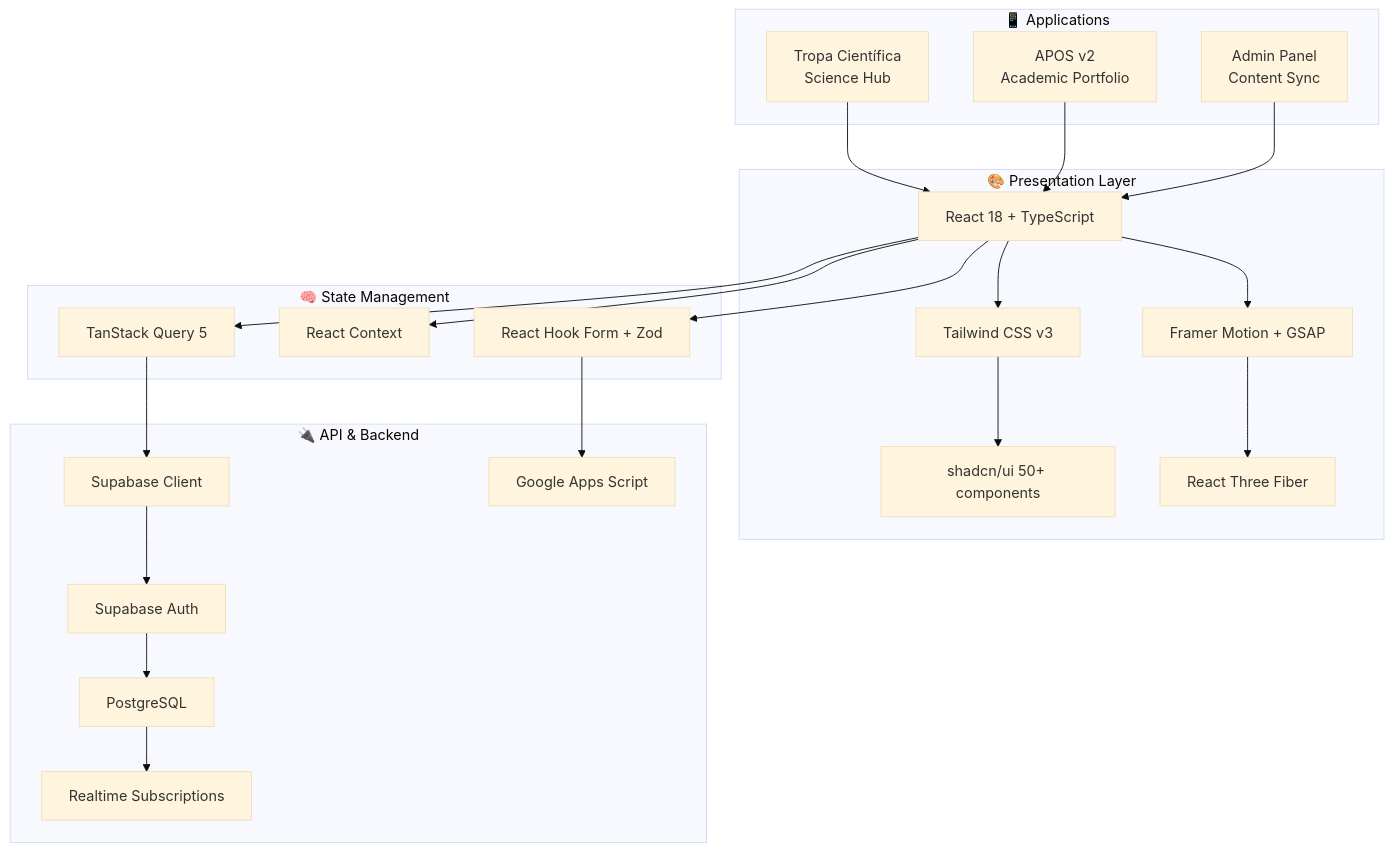
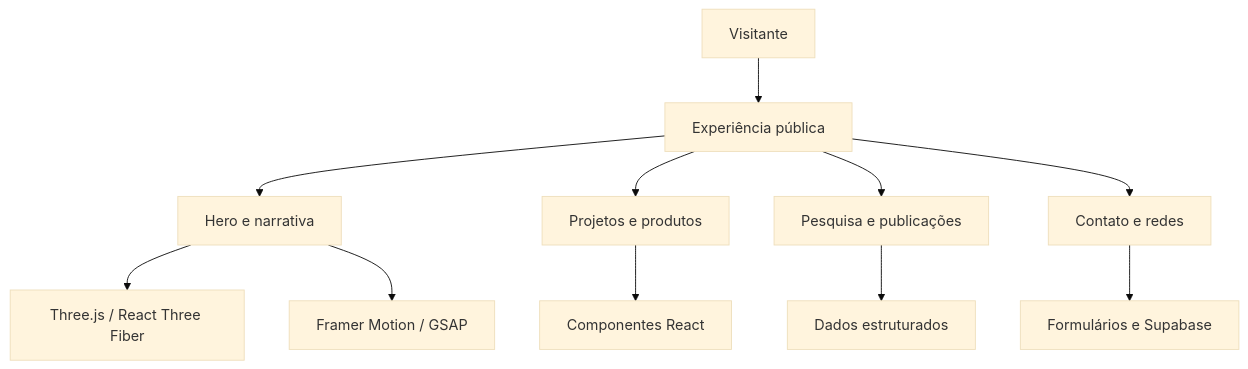
One commit to matheusflorindo32/responsive-realm-app changed the diagram in README.md. Above: the diagram before and after it, drawn with Mermaid (base theme). The commit also changed other lines of this file, not shown here.

Commit message:
docs: reorganizar README e corrigir demonstração pública

````diff
--- a/README.md
+++ b/README.md
@@ -123,40 +79,14 @@
 ```mermaid
-graph TB
-    subgraph "🎨 Presentation Layer"
-        A[React 18 + TypeScript]
-        B[Tailwind CSS v3]
-        C[shadcn/ui 50+ components]
-        D[Framer Motion + GSAP]
-        E[React Three Fiber]
-    end
+graph TD
+    A[Visitante] --> B[Experiência pública]
+    B --> C[Hero e narrativa]
+    B --> D[Projetos e produtos]
+    B --> E[Pesquisa e publicações]
+    B --> F[Contato e redes]
 
-    subgraph "🧠 State Management"
-        F[TanStack Query 5]
-        G[React Context]
-        H[React Hook Form + Zod]
-    end
-
-    subgraph "🔌 API & Backend"
-        I[Supabase Client]
-        J[Supabase Auth]
-        K[PostgreSQL]
-        L[Realtime Subscriptions]
-        M[Google Apps Script]
-    end
-
-    subgraph "📱 Applications"
-        N[Tropa Científica<br/>Science Hub]
-        O[APOS v2<br/>Academic Portfolio]
-        P[Admin Panel<br/>Content Sync]
-    end
-
-    A --> B --> C
-    A --> D --> E
-    A --> F --> I
-    A --> G
-    A --> H --> M
-    I --> J --> K --> L
-    N --> A
-    O --> A
-    P --> A
+    C --> G[Three.js / React Three Fiber]
+    C --> H[Framer Motion / GSAP]
+    D --> I[Componentes React]
+    E --> J[Dados estruturados]
+    F --> K[Formulários e Supabase]
 ```
````
